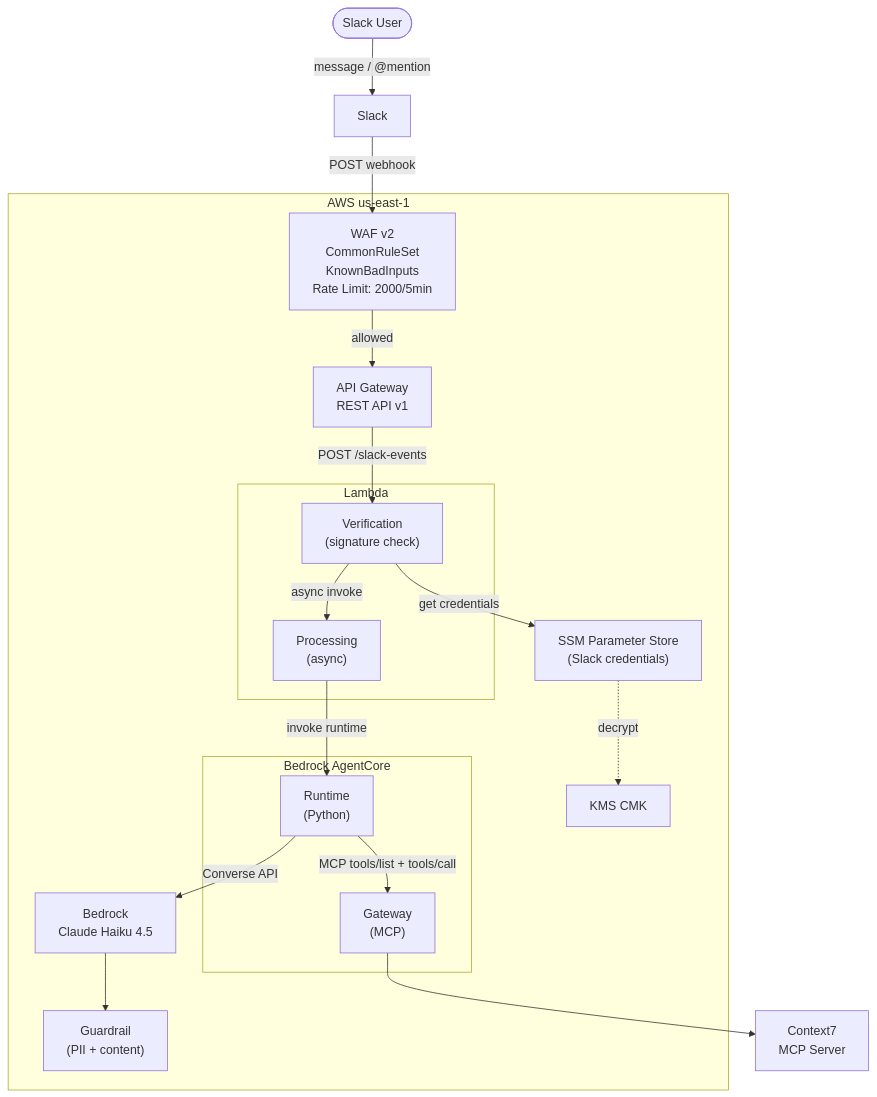
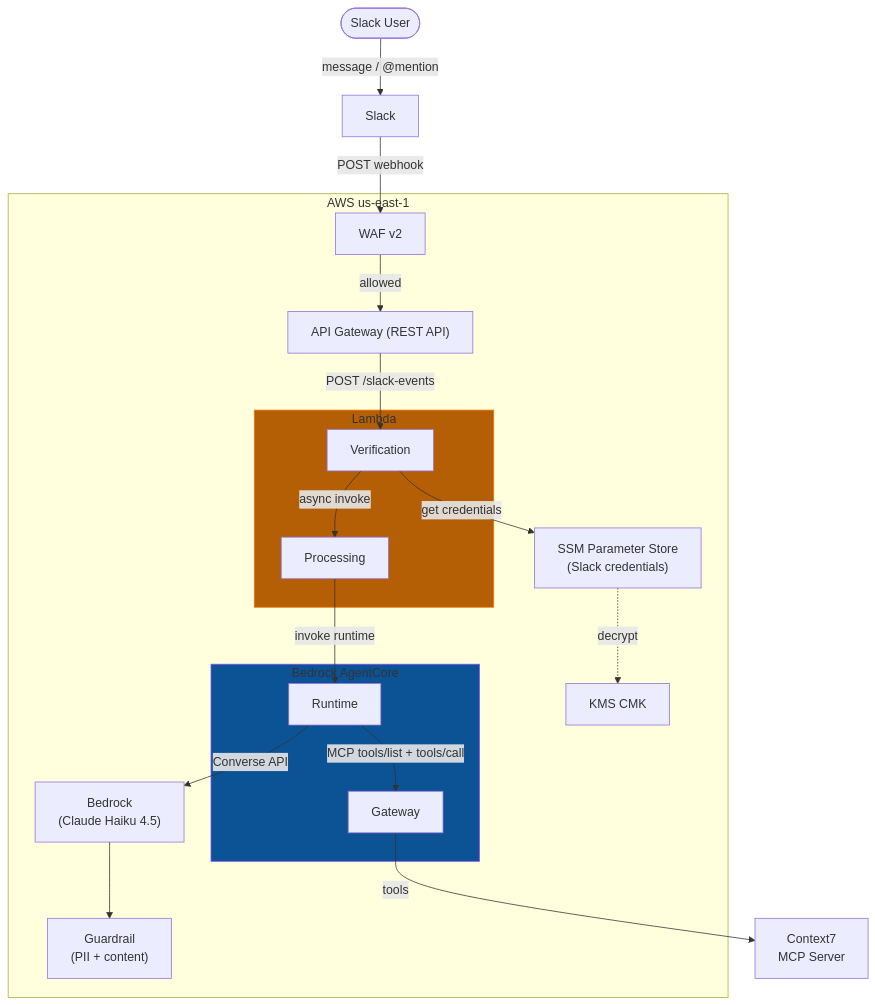
Before and after one commit to ruzickap/ruzickap.github.io: the diagram in _posts/2026/2026-06-11-bedrock-agentcore-slack-opentofu.md, drawn with Mermaid. The commit also changed other lines of this file, not shown here.

Commit message:
style: simplify diagram labels and fix list formatting

````diff
--- a/_posts/2026/2026-06-11-bedrock-agentcore-slack-opentofu.md
+++ b/_posts/2026/2026-06-11-bedrock-agentcore-slack-opentofu.md
@@ -28,37 +28,40 @@
 ```mermaid
 flowchart TD
   User(["Slack User"])
 
   User -- "message / @mention" --> Slack
   Slack -- "POST webhook" --> WAF
   WAF -- "allowed" --> APIGW
   APIGW -- "POST /slack-events" --> LV
   LV -- "get credentials" --> SSM
   SSM -. "decrypt" .-> KMS
   LV -- "async invoke" --> LP
   LP -- "invoke runtime" --> RT
-  RT -- "MCP tools/list + tools/call" --> GW
-  GW --> C7
   RT -- "Converse API" --> BR
   BR --> Guard
+  RT -- "MCP tools/list + tools/call" --> GW
+  GW -- "tools" --> C7
 
   subgraph AWS["AWS us-east-1"]
-    WAF["WAF v2\nCommonRuleSet\nKnownBadInputs\nRate Limit: 2000/5min"]
+    WAF["WAF v2"]
     KMS["KMS CMK"]
-    APIGW["API Gateway\nREST API v1"]
+    APIGW["API Gateway (REST API)"]
     SSM["SSM Parameter Store\n(Slack credentials)"]
     subgraph Lambda["Lambda"]
-      LV["Verification\n(signature check)"]
-      LP["Processing\n(async)"]
+      LV["Verification"]
+      LP["Processing"]
     end
     subgraph AgentCore["Bedrock AgentCore"]
-      RT["Runtime\n(Python)"]
-      GW["Gateway\n(MCP)"]
+      RT["Runtime"]
+      GW["Gateway"]
     end
-    BR["Bedrock\nClaude Haiku 4.5"]
+    BR["Bedrock\n(Claude Haiku 4.5)"]
     Guard["Guardrail\n(PII + content)"]
   end
 
   Slack["Slack"]
   C7["Context7\nMCP Server"]
+
+  style Lambda fill:#b45f06,stroke:#ed7100
+  style AgentCore fill:#0b5394,stroke:#8c4fff
 ```
````
